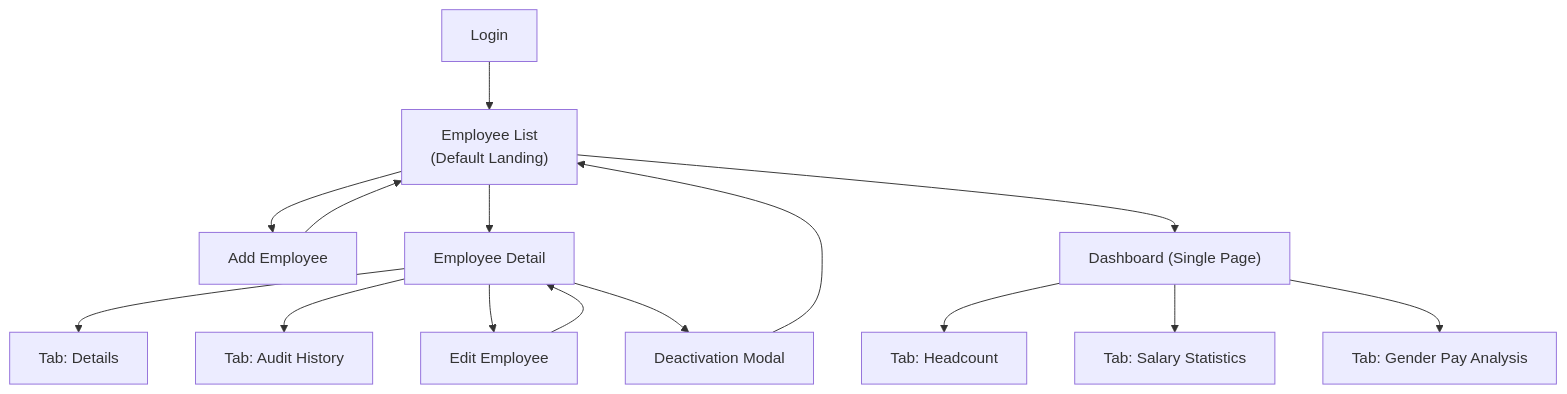
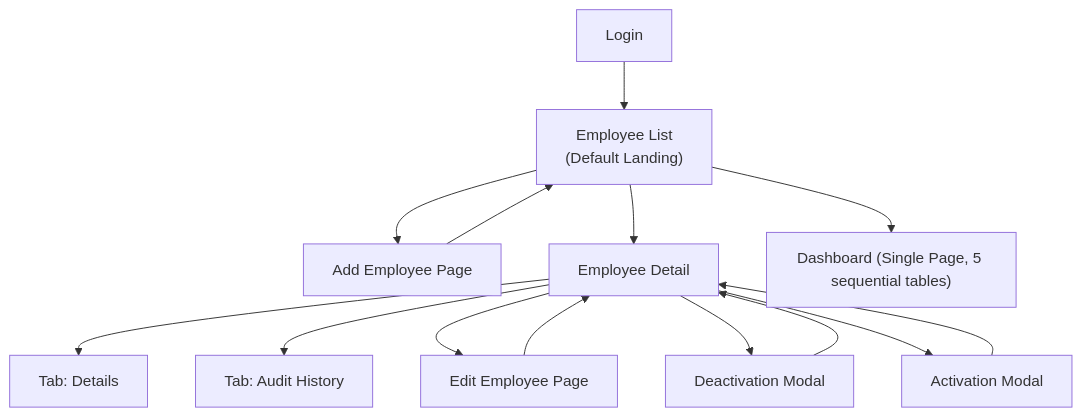
The diagram in docs/design-system-and-wireframes.md (adi6198/salary-management-fe), drawn with Mermaid before and after one commit. The commit also changed other lines of this file and 5 other files, not shown here.

````diff
--- a/docs/design-system-and-wireframes.md
+++ b/docs/design-system-and-wireframes.md
@@ -370,17 +199,16 @@
 ```mermaid
 graph TD
     A["Login"] --> B["Employee List<br/>(Default Landing)"]
-    B --> C["Add Employee"]
+    B --> C["Add Employee Page"]
     B --> D["Employee Detail"]
     D --> D1["Tab: Details"]
     D --> D2["Tab: Audit History"]
-    D --> E["Edit Employee"]
+    D --> E["Edit Employee Page"]
     D --> F["Deactivation Modal"]
+    D --> H["Activation Modal"]
     E --> D
-    F --> B
+    F --> D
+    H --> D
     C --> B
-    B --> G["Dashboard (Single Page)"]
-    G --> G1["Tab: Headcount"]
-    G --> G2["Tab: Salary Statistics"]
-    G --> G3["Tab: Gender Pay Analysis"]
+    B --> G["Dashboard (Single Page, 5 sequential tables)"]
 ```
````
